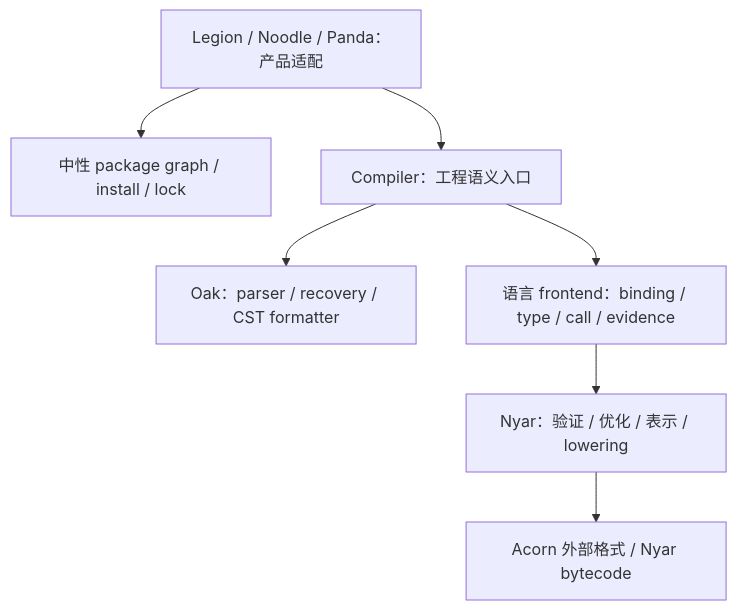
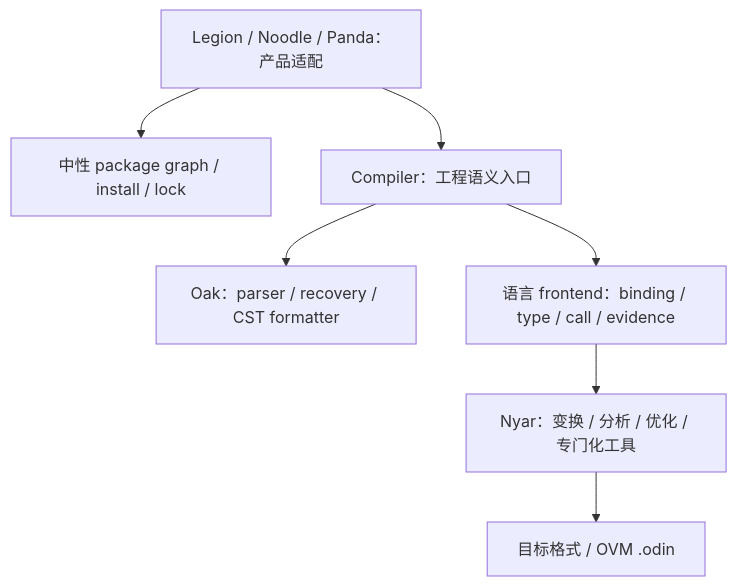
One commit to valkyrie-language/valkyrie.v changed the diagram in documentation/pages/zh-hans/toolchain/architecture-boundaries.md. Above: the diagram before and after it, drawn with Mermaid. The commit also changed 29 other files, not shown here.

````diff
--- a/documentation/pages/zh-hans/toolchain/architecture-boundaries.md
+++ b/documentation/pages/zh-hans/toolchain/architecture-boundaries.md
@@ -7,15 +7,15 @@
 ```mermaid
 flowchart TD
     CLI["Legion / Noodle / Panda：产品适配"]
     PM["中性 package graph / install / lock"]
     Compiler["Compiler：工程语义入口"]
     Oak["Oak：parser / recovery / CST formatter"]
     Frontend["语言 frontend：binding / type / call / evidence"]
-    Nyar["Nyar：验证 / 优化 / 表示 / lowering"]
-    Format["Acorn 外部格式 / Nyar bytecode"]
+    Nyar["Nyar：变换 / 分析 / 优化 / 专门化工具"]
+    Format["目标格式 / OVM .odin"]
     CLI --> PM
     CLI --> Compiler
     Compiler --> Oak
     Compiler --> Frontend
     Frontend --> Nyar --> Format
 ```
````
